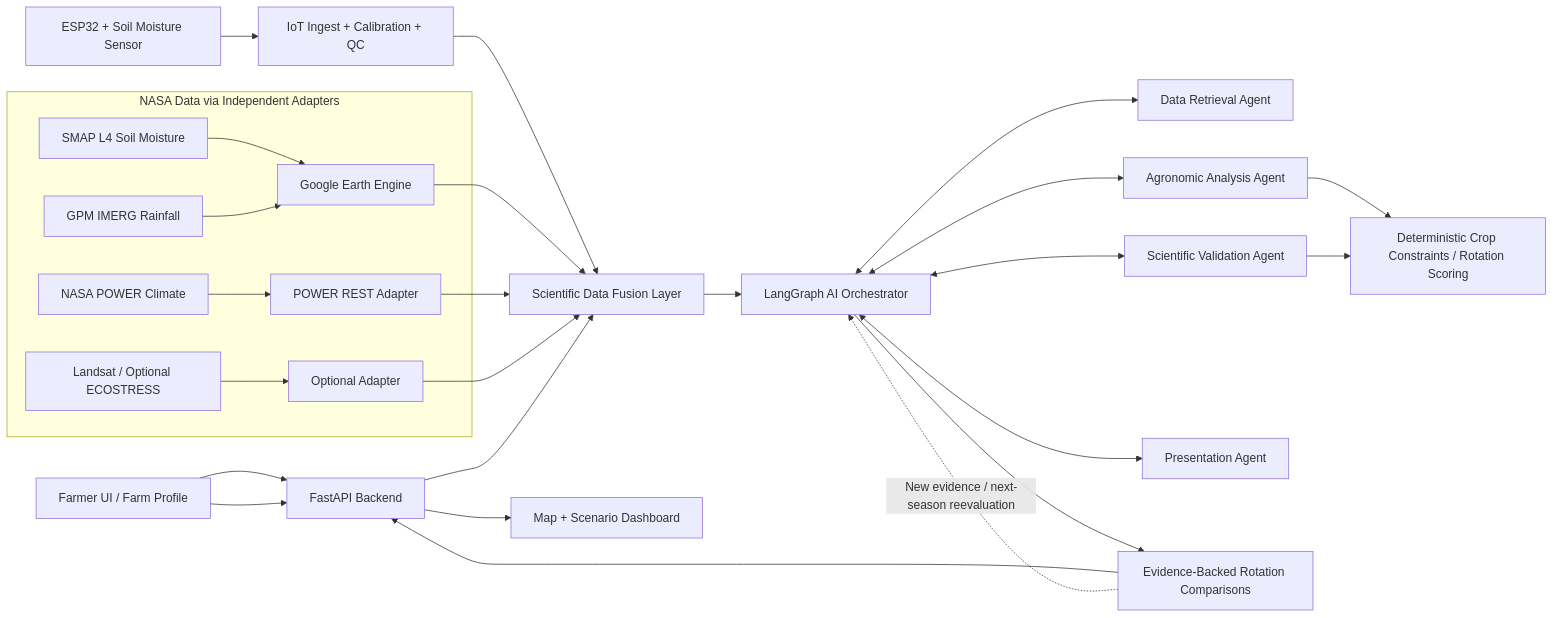
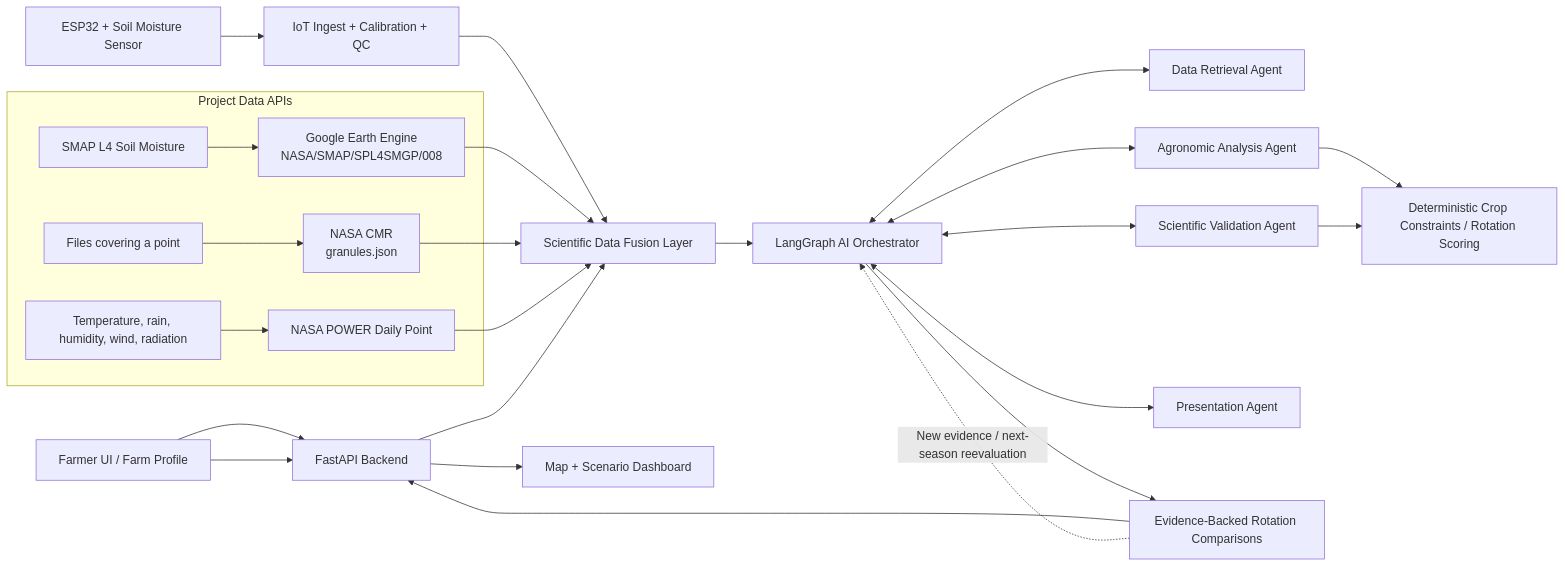
The first of 2 diagrams in docs/FieldShift_AI_Master_Context.md (zoubaax/Nasa-space-apps), drawn with Mermaid before and after one commit. The commit also changed other lines of this file, not shown here.

Commit message:
docs: refine FieldShift AI Master Context to clarify data APIs and retrieval processes

````diff
--- a/docs/FieldShift_AI_Master_Context.md
+++ b/docs/FieldShift_AI_Master_Context.md
@@ -113,28 +113,27 @@
 ```mermaid
 flowchart LR
     U[Farmer UI / Farm Profile] --> API[FastAPI Backend]
     S[ESP32 + Soil Moisture Sensor] --> IOT[IoT Ingest + Calibration + QC]
     IOT --> FUSE[Scientific Data Fusion Layer]
-    subgraph NASA[NASA Data via Independent Adapters]
-      SMAP[SMAP L4 Soil Moisture] --> GEE[Google Earth Engine]
-      GPM[GPM IMERG Rainfall] --> GEE
-      PWR[NASA POWER Climate] --> PA[POWER REST Adapter]
-      LAN[Landsat / Optional ECOSTRESS] --> LA[Optional Adapter]
+    subgraph NASA[Project Data APIs]
+      SMAP[SMAP L4 Soil Moisture] --> GEE["Google Earth Engine\nNASA/SMAP/SPL4SMGP/008"]
+      CAT[Files covering a point] --> CMR["NASA CMR\ngranules.json"]
+      PWR[Temperature, rain, humidity, wind, radiation] --> PA[NASA POWER Daily Point]
     end
     GEE --> FUSE
+    CMR --> FUSE
     PA --> FUSE
-    LA --> FUSE
     U --> API
     API --> FUSE
     FUSE --> O[LangGraph AI Orchestrator]
     O <--> DA[Data Retrieval Agent]
     O <--> AA[Agronomic Analysis Agent]
     O <--> VA[Scientific Validation Agent]
     O <--> PR[Presentation Agent]
     AA --> SCI[Deterministic Crop Constraints / Rotation Scoring]
     VA --> SCI
     O --> RES[Evidence-Backed Rotation Comparisons]
     RES --> API
     API --> DASH[Map + Scenario Dashboard]
     RES -. New evidence / next-season reevaluation .-> O
 ```
````
